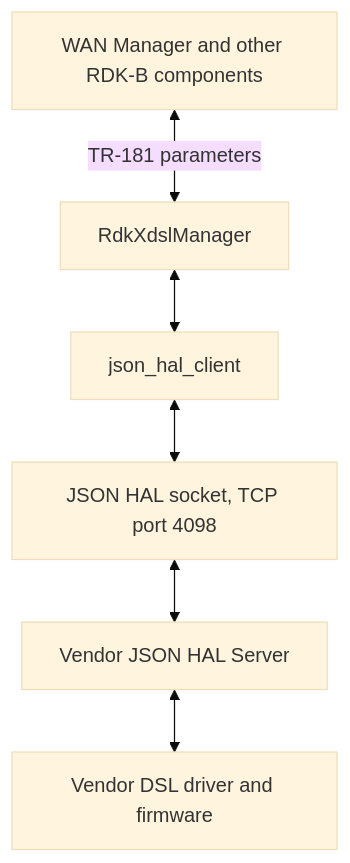
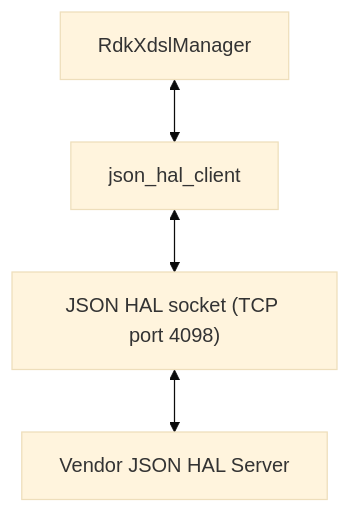
One commit to Blitzy-Sky/xdsl-manager changed the diagram in README.md. Above: the diagram before and after it, drawn with Mermaid (base theme). The commit also changed other lines of this file and 2 other files, not shown here.

First line of the commit message:
docs: align the xDSL JSON HAL documentation with its sibling managers

````diff
--- a/README.md
+++ b/README.md
@@ -36,14 +35,6 @@
 ```mermaid
 flowchart TD
-    Dm["WAN Manager and other RDK-B components"]
-    Mgr["RdkXdslManager"]
-    Cli["json_hal_client"]
-    Sock["JSON HAL socket, TCP port 4098"]
-    Srv["Vendor JSON HAL Server"]
-    Drv["Vendor DSL driver and firmware"]
-    Dm <-->|TR-181 parameters| Mgr
-    Mgr <--> Cli
-    Cli <--> Sock
-    Sock <--> Srv
-    Srv <--> Drv
+    Mgr["RdkXdslManager"] <--> Cli["json_hal_client"]
+    Cli <--> Socket["JSON HAL socket (TCP port 4098)"]
+    Socket <--> Srv["Vendor JSON HAL Server"]
 ```
````
